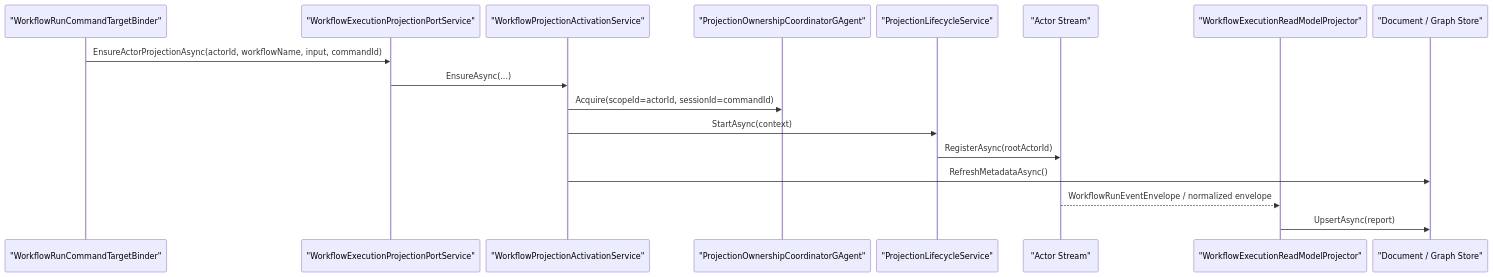
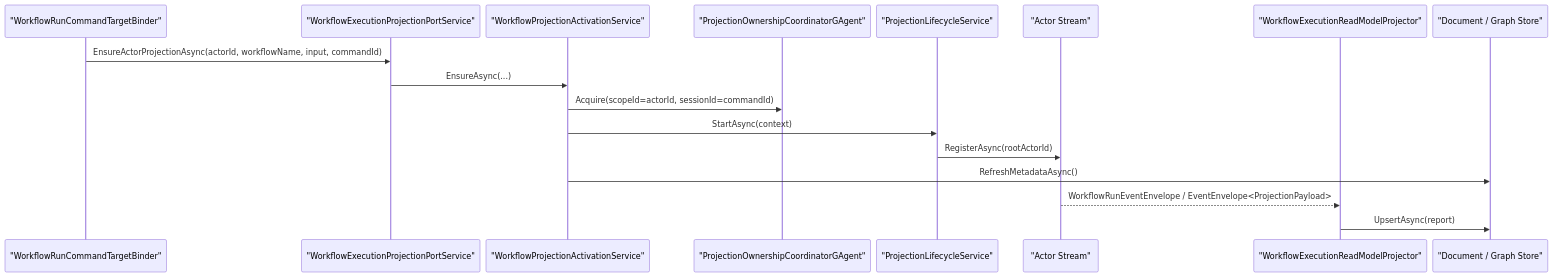
One commit to aevatarAI/aevatar changed the second of 3 diagrams in docs/architecture/2026-03-15-cqrs-projection-readmodels-architecture.md. Above: the diagram before and after it, drawn with Mermaid. The commit also changed other lines of this file and 37 other files, not shown here.

````diff
--- a/docs/architecture/2026-03-15-cqrs-projection-readmodels-architecture.md
+++ b/docs/architecture/2026-03-15-cqrs-projection-readmodels-architecture.md
@@ -273,21 +282,21 @@
 ```mermaid
 %%{init: {"maxTextSize": 100000, "sequence": {"actorMargin": 12, "messageMargin": 12, "diagramMarginX": 8, "diagramMarginY": 8}, "themeVariables": {"fontSize": "10px"}}}%%
 sequenceDiagram
     participant A as "WorkflowRunCommandTargetBinder"
     participant B as "WorkflowExecutionProjectionPortService"
     participant C as "WorkflowProjectionActivationService"
     participant D as "ProjectionOwnershipCoordinatorGAgent"
     participant E as "ProjectionLifecycleService"
     participant F as "Actor Stream"
     participant G as "WorkflowExecutionReadModelProjector"
     participant H as "Document / Graph Store"
 
     A->>B: EnsureActorProjectionAsync(actorId, workflowName, input, commandId)
     B->>C: EnsureAsync(...)
     C->>D: Acquire(scopeId=actorId, sessionId=commandId)
     C->>E: StartAsync(context)
     E->>F: RegisterAsync(rootActorId)
     C->>H: RefreshMetadataAsync()
-    F-->>G: WorkflowRunEventEnvelope / normalized envelope
+    F-->>G: WorkflowRunEventEnvelope / EventEnvelope<ProjectionPayload>
     G->>H: UpsertAsync(report)
 ```
````
